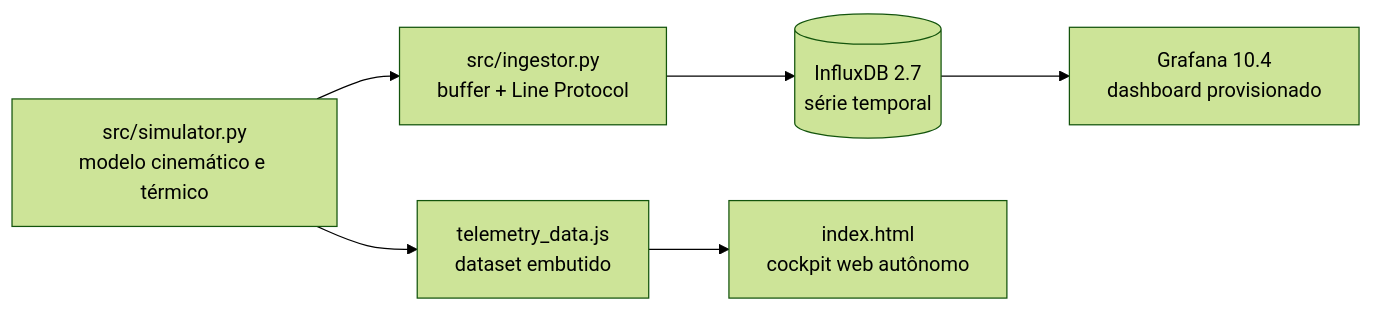
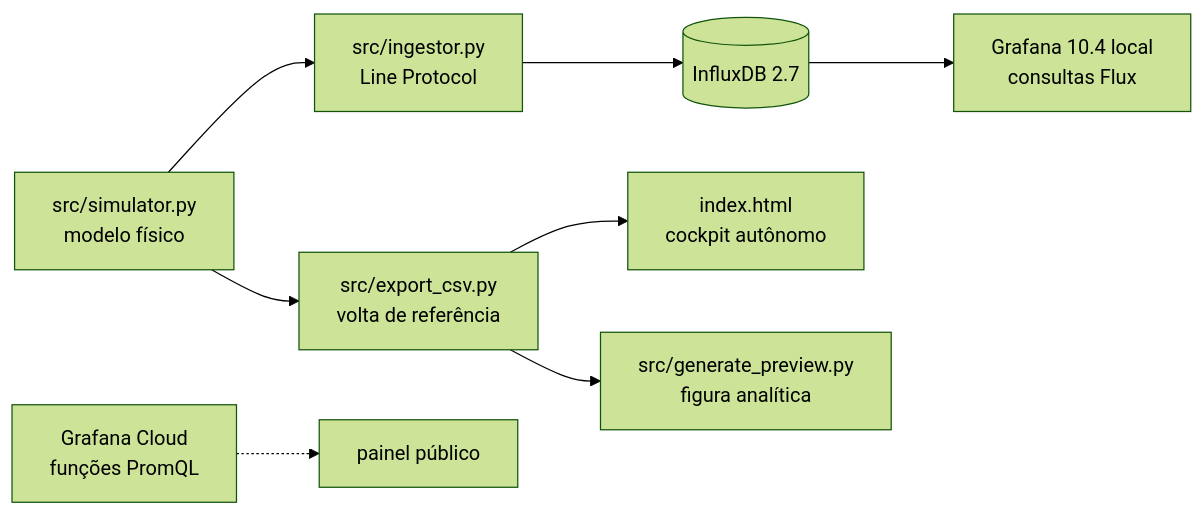
One commit to f1scher01/telemetria-veicular-grafana changed the diagram in README.md. Above: the diagram before and after it, drawn with Mermaid (forest theme). The commit also changed other lines of this file and 18 other files, not shown here.

First line of the commit message:
fix: dashboard local em Flux, simulador por distancia e v2/R e cockpit guiado pelos dados

````diff
--- a/README.md
+++ b/README.md
@@ -94,8 +124,10 @@
 ```mermaid
 flowchart LR
-    A["src/simulator.py<br/>modelo cinemático e térmico"] --> B["src/ingestor.py<br/>buffer + Line Protocol"]
-    B --> C[("InfluxDB 2.7<br/>série temporal")]
-    C --> D["Grafana 10.4<br/>dashboard provisionado"]
-    A --> E["telemetry_data.js<br/>dataset embutido"]
-    E --> F["index.html<br/>cockpit web autônomo"]
+    A["src/simulator.py<br/>modelo físico"] --> B["src/ingestor.py<br/>Line Protocol"]
+    B --> C[("InfluxDB 2.7")]
+    C --> D["Grafana 10.4 local<br/>consultas Flux"]
+    A --> E["src/export_csv.py<br/>volta de referência"]
+    E --> F["index.html<br/>cockpit autônomo"]
+    E --> G["src/generate_preview.py<br/>figura analítica"]
+    H["Grafana Cloud<br/>funções PromQL"] -.-> I["painel público"]
 ```
````
